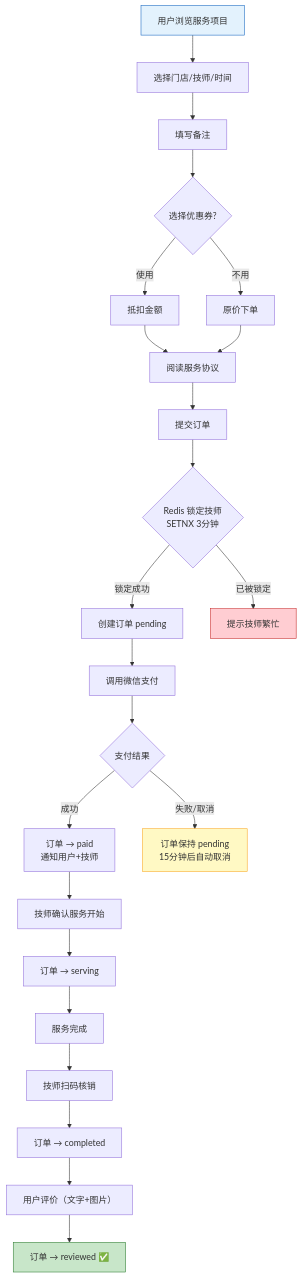
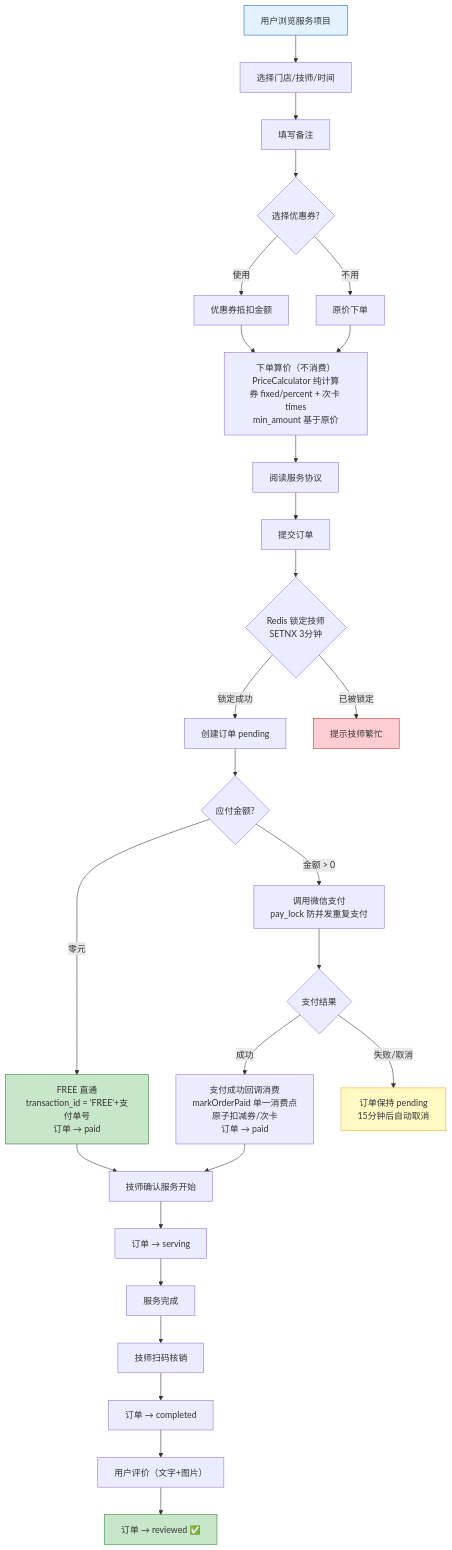
Before and after one commit to erikwang2013/appointment-php: the first of 4 diagrams in docs/diagrams/FLOWCHART.md, drawn with Mermaid. The commit also changed other lines of this file and 11 other files, not shown here.

First line of the commit message:
文档图集同步至当前代码：修复安全图 phone/wx_openid 加密错误、新增管理端防护层与 Redis 缓存/响应契约/模型共享节点、支付图更新为下单算价+回调消费两段式

````diff
--- a/docs/diagrams/FLOWCHART.md
+++ b/docs/diagrams/FLOWCHART.md
@@ -5,30 +5,35 @@
 ```mermaid
 flowchart TD
     A["用户浏览服务项目"] --> B["选择门店/技师/时间"]
     B --> C["填写备注"]
     C --> D{"选择优惠券?"}
-    D -->|"使用"| E["抵扣金额"]
+    D -->|"使用"| E["优惠券抵扣金额"]
     D -->|"不用"| F["原价下单"]
-    E --> G["阅读服务协议"]
+    E --> G["下单算价（不消费）<br/>PriceCalculator 纯计算<br/>券 fixed/percent + 次卡 times<br/>min_amount 基于原价"]
     F --> G
-    G --> H["提交订单"]
-    H --> I{"Redis 锁定技师<br/>SETNX 3分钟"}
-    I -->|"锁定成功"| J["创建订单 pending"]
-    I -->|"已被锁定"| K["提示技师繁忙"]
-    J --> L["调用微信支付"]
-    L --> M{"支付结果"}
-    M -->|"成功"| N["订单 → paid<br/>通知用户+技师"]
-    M -->|"失败/取消"| O["订单保持 pending<br/>15分钟后自动取消"]
-    N --> P["技师确认服务开始"]
-    P --> Q["订单 → serving"]
-    Q --> R["服务完成"]
-    R --> S["技师扫码核销"]
-    S --> T["订单 → completed"]
-    T --> U["用户评价（文字+图片）"]
-    U --> V["订单 → reviewed ✅"]
+    G --> H["阅读服务协议"]
+    H --> I["提交订单"]
+    I --> J{"Redis 锁定技师<br/>SETNX 3分钟"}
+    J -->|"锁定成功"| K["创建订单 pending"]
+    J -->|"已被锁定"| L["提示技师繁忙"]
+    K --> M{"应付金额?"}
+    M -->|"零元"| N["FREE 直通<br/>transaction_id = 'FREE'+支付单号<br/>订单 → paid"]
+    M -->|"金额 > 0"| O["调用微信支付<br/>pay_lock 防并发重复支付"]
+    O --> P{"支付结果"}
+    P -->|"成功"| Q["支付成功回调消费<br/>markOrderPaid 单一消费点<br/>原子扣减券/次卡<br/>订单 → paid"]
+    P -->|"失败/取消"| R["订单保持 pending<br/>15分钟后自动取消"]
+    N --> S["技师确认服务开始"]
+    Q --> S
+    S --> T["订单 → serving"]
+    T --> U["服务完成"]
+    U --> V["技师扫码核销"]
+    V --> W["订单 → completed"]
+    W --> X["用户评价（文字+图片）"]
+    X --> Y["订单 → reviewed ✅"]
 
     style A fill:#e3f2fd,stroke:#1565c0,color:#333
-    style V fill:#c8e6c9,stroke:#2e7d32,color:#333
-    style K fill:#ffcdd2,stroke:#c62828,color:#333
-    style O fill:#fff9c4,stroke:#f9a825,color:#333
+    style Y fill:#c8e6c9,stroke:#2e7d32,color:#333
+    style L fill:#ffcdd2,stroke:#c62828,color:#333
+    style R fill:#fff9c4,stroke:#f9a825,color:#333
+    style N fill:#c8e6c9,stroke:#2e7d32,color:#333
 ```
````
